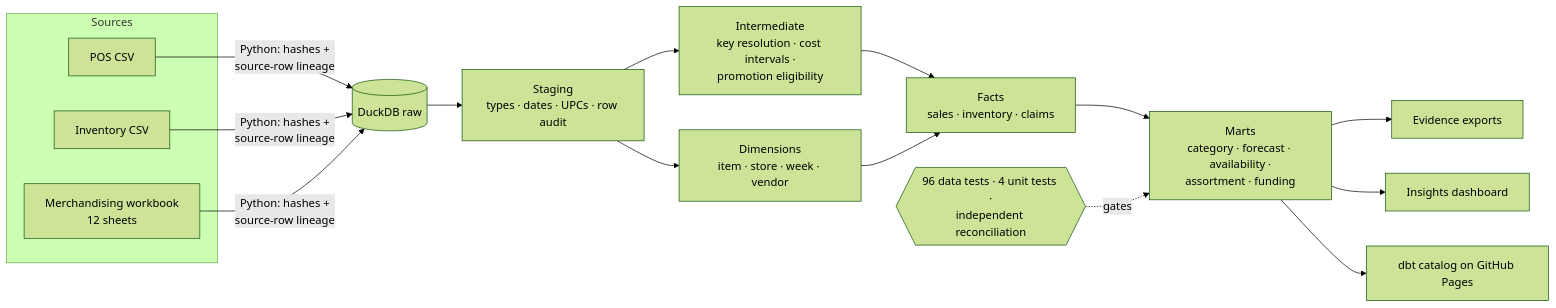
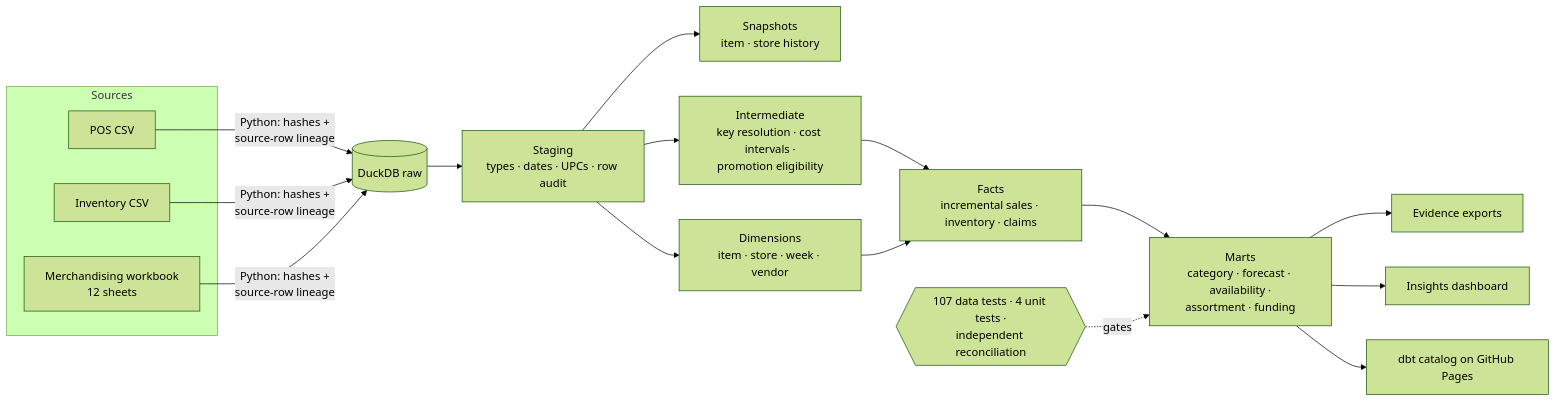
The diagram in README.md (Akshith597/bramblewood-analytics-engineering), drawn with Mermaid (forest theme) before and after one commit. The commit also changed other lines of this file and 3 other files, not shown here.

````diff
--- a/README.md
+++ b/README.md
@@ -26,19 +26,20 @@
 ```mermaid
 flowchart LR
   subgraph Sources
     A[POS CSV]
     B[Inventory CSV]
     C[Merchandising workbook<br/>12 sheets]
   end
   A & B & C -->|Python: hashes +<br/>source-row lineage| R[(DuckDB raw)]
   R --> S[Staging<br/>types · dates · UPCs · row audit]
+  S --> H[Snapshots<br/>item · store history]
   S --> I[Intermediate<br/>key resolution · cost intervals ·<br/>promotion eligibility]
   S --> D[Dimensions<br/>item · store · week · vendor]
-  I --> F[Facts<br/>sales · inventory · claims]
+  I --> F[Facts<br/>incremental sales · inventory · claims]
   D --> F
   F --> M[Marts<br/>category · forecast · availability ·<br/>assortment · funding]
   M --> E[Evidence exports]
   M --> V[Insights dashboard]
   M --> G[dbt catalog on GitHub Pages]
-  T{{96 data tests · 4 unit tests ·<br/>independent reconciliation}} -.gates.-> M
+  T{{107 data tests · 4 unit tests ·<br/>independent reconciliation}} -.gates.-> M
 ```
````
